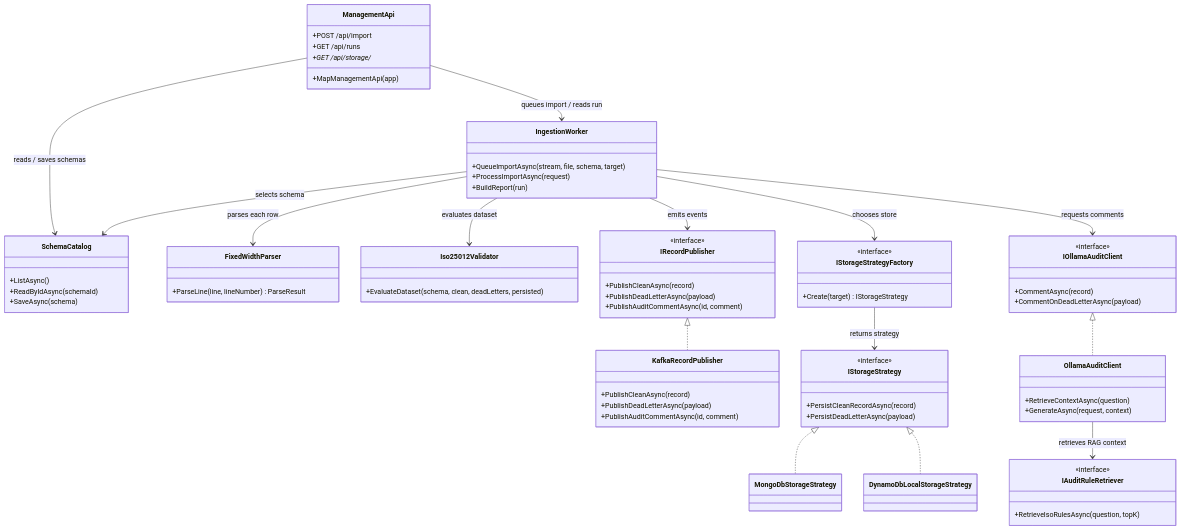
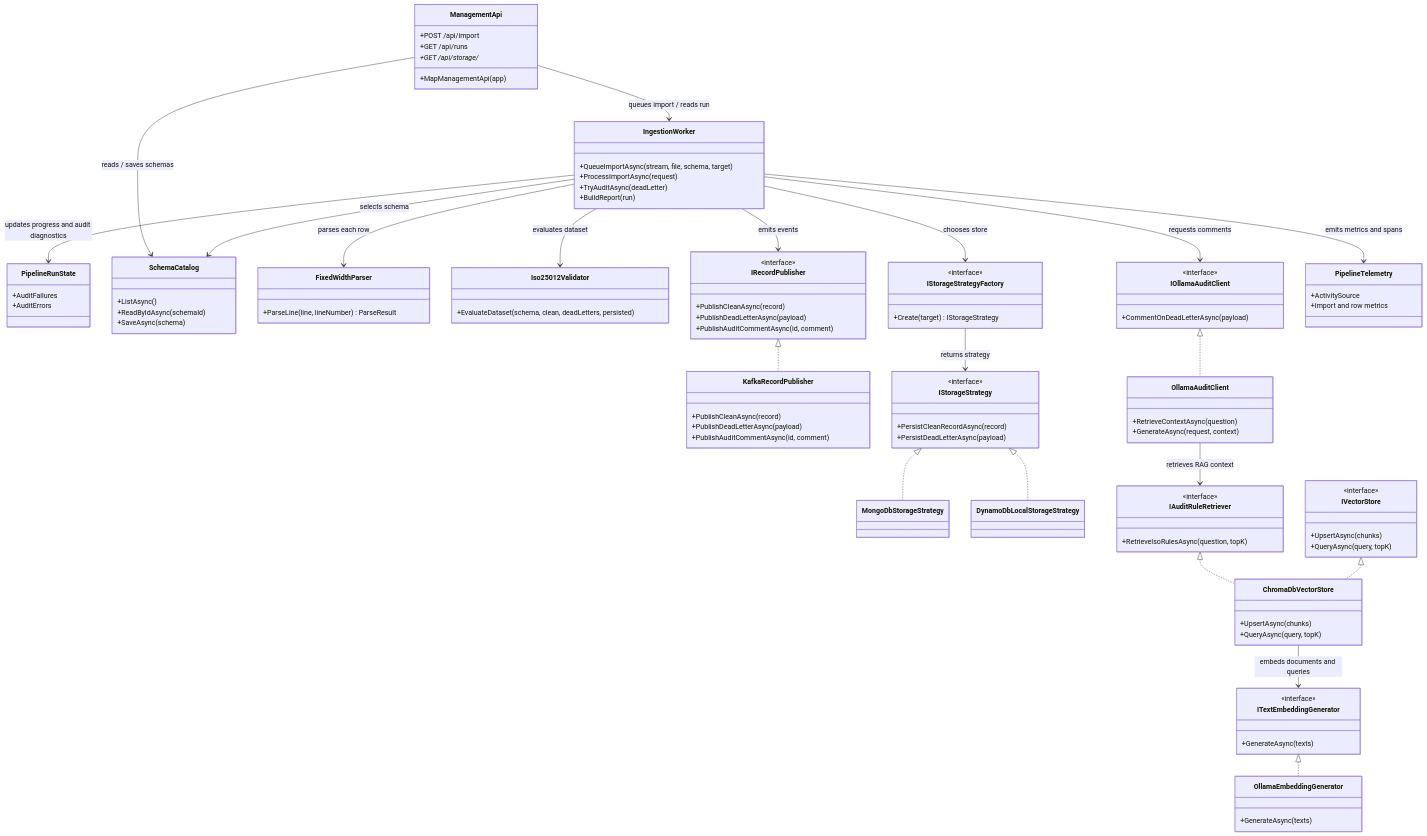
Before and after one commit to maxzhdanov/data-agent: the seventh of 7 diagrams in docs/ARCHITECTURE.md, drawn with Mermaid. The commit also changed other lines of this file and 23 other files, not shown here.

First line of the commit message:
Improve local AI audit flow and Aspire observability

````diff
--- a/docs/ARCHITECTURE.md
+++ b/docs/ARCHITECTURE.md
@@ -289,7 +331,12 @@
     class IngestionWorker {
         +QueueImportAsync(stream, file, schema, target)
         +ProcessImportAsync(request)
+        +TryAuditAsync(deadLetter)
         +BuildReport(run)
+    }
+    class PipelineRunState {
+        +AuditFailures
+        +AuditErrors
     }
     class SchemaCatalog {
         +ListAsync()
@@ -326,7 +373,6 @@
     class DynamoDbLocalStorageStrategy
     class IOllamaAuditClient {
         <<interface>>
-        +CommentAsync(record)
         +CommentOnDeadLetterAsync(payload)
     }
     class OllamaAuditClient {
@@ -336,6 +382,26 @@
     class IAuditRuleRetriever {
         <<interface>>
         +RetrieveIsoRulesAsync(question, topK)
+    }
+    class IVectorStore {
+        <<interface>>
+        +UpsertAsync(chunks)
+        +QueryAsync(query, topK)
+    }
+    class ChromaDbVectorStore {
+        +UpsertAsync(chunks)
+        +QueryAsync(query, topK)
+    }
+    class ITextEmbeddingGenerator {
+        <<interface>>
+        +GenerateAsync(texts)
+    }
+    class OllamaEmbeddingGenerator {
+        +GenerateAsync(texts)
+    }
+    class PipelineTelemetry {
+        +ActivitySource
+        +Import and row metrics
     }
 
     ManagementApi --> IngestionWorker : queues import / reads run
@@ -350,6 +416,12 @@
     IStorageStrategy <|.. DynamoDbLocalStorageStrategy
     IRecordPublisher <|.. KafkaRecordPublisher
     IngestionWorker --> IOllamaAuditClient : requests comments
+    IngestionWorker --> PipelineRunState : updates progress and audit diagnostics
+    IngestionWorker --> PipelineTelemetry : emits metrics and spans
     IOllamaAuditClient <|.. OllamaAuditClient
     OllamaAuditClient --> IAuditRuleRetriever : retrieves RAG context
+    IAuditRuleRetriever <|.. ChromaDbVectorStore
+    IVectorStore <|.. ChromaDbVectorStore
+    ChromaDbVectorStore --> ITextEmbeddingGenerator : embeds documents and queries
+    ITextEmbeddingGenerator <|.. OllamaEmbeddingGenerator
 ```
````
